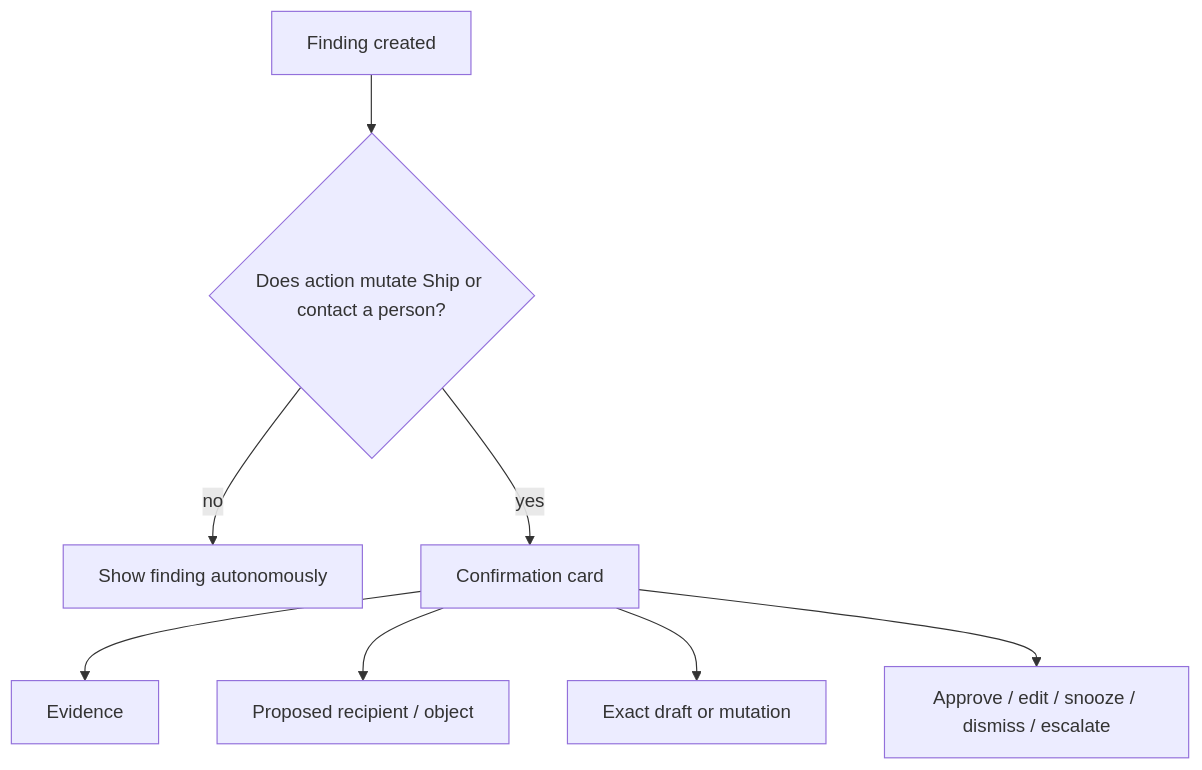
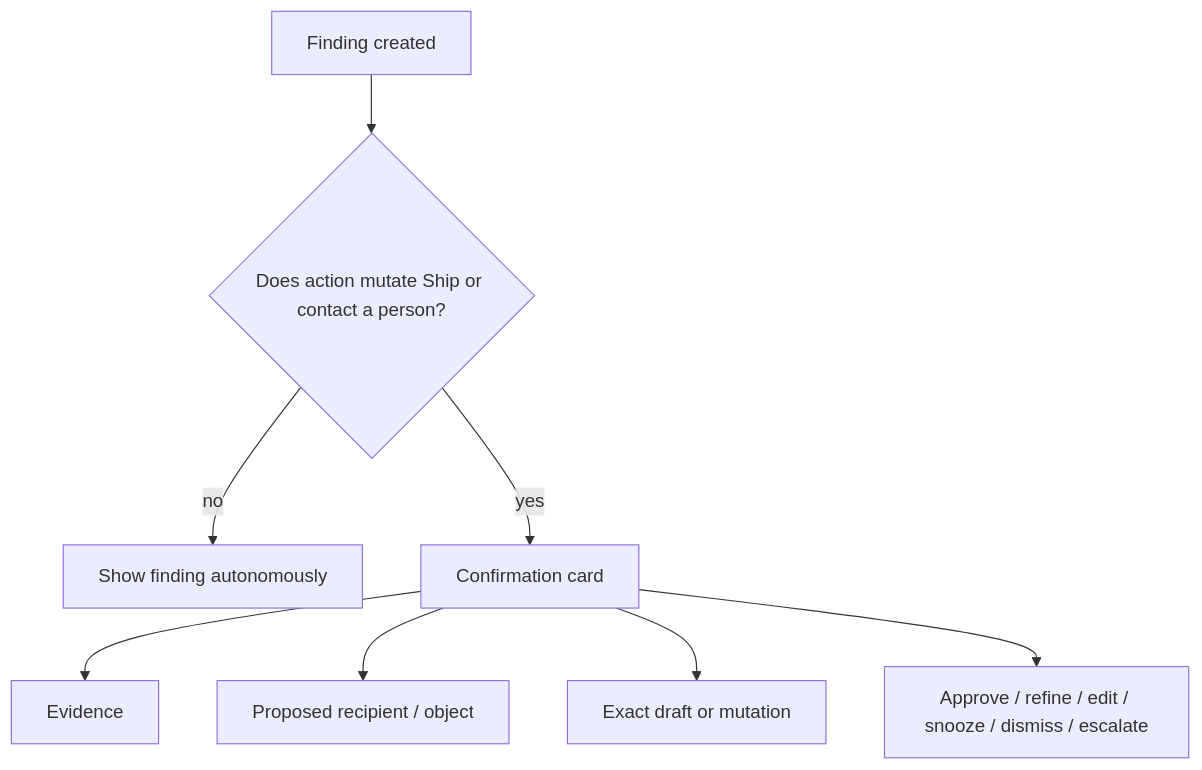
One commit to MichaelHabermas/ship-shape changed the fifth of 7 diagrams in my-docs/project-weeks-sot/week-5/ARCHITECTURAL_DEFENSE.md. Above: the diagram before and after it, drawn with Mermaid. The commit also changed other lines of this file and 4 other files, not shown here.

First line of the commit message:
Remove outdated architectural defense documents for FleetGraph

````diff
--- a/my-docs/project-weeks-sot/week-5/ARCHITECTURAL_DEFENSE.md
+++ b/my-docs/project-weeks-sot/week-5/ARCHITECTURAL_DEFENSE.md
@@ -109,10 +114,10 @@
 ```mermaid
 flowchart TD
   A[Finding created] --> B{Does action mutate Ship or contact a person?}
   B -->|no| C[Show finding autonomously]
   B -->|yes| D[Confirmation card]
   D --> E[Evidence]
   D --> F[Proposed recipient / object]
   D --> G[Exact draft or mutation]
-  D --> H[Approve / edit / snooze / dismiss / escalate]
+  D --> H[Approve / refine / edit / snooze / dismiss / escalate]
 ```
````
